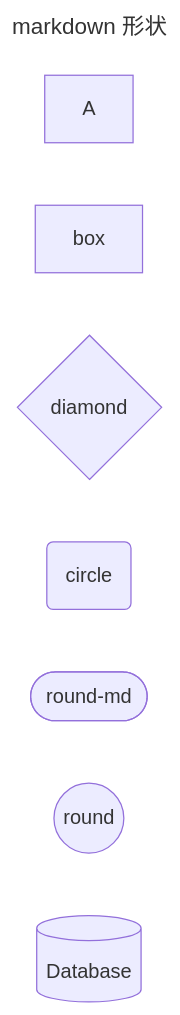
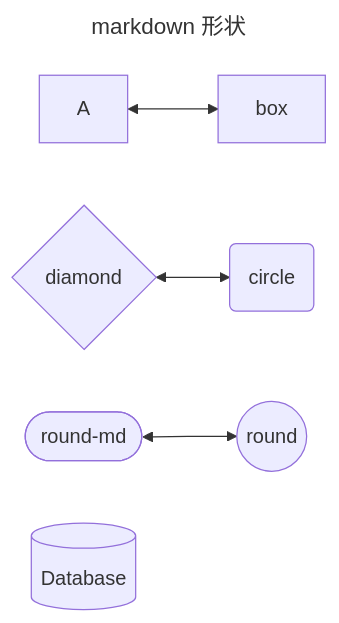
Before and after one commit to facsert/Docusaurus: the sixth of 7 diagrams in docs/Mermaid/mermaid-basic.md, drawn with Mermaid. The commit also changed other lines of this file and 22 other files, not shown here.

````diff
--- a/docs/Mermaid/mermaid-basic.md
+++ b/docs/Mermaid/mermaid-basic.md
@@ -55,14 +104,11 @@
 ```mermaid
 ---
 title: markdown 形状
 ---
 
 flowchart LR;
-    A
-    B[box]
-    C{diamond}
-    D(circle)
-    E([round-md])
-    F((round))
+    A <--> B[box]
+    C{diamond} <--> D(circle)
+    E([round-md]) <--> F((round))
     G[(Database)]
 ```
````
